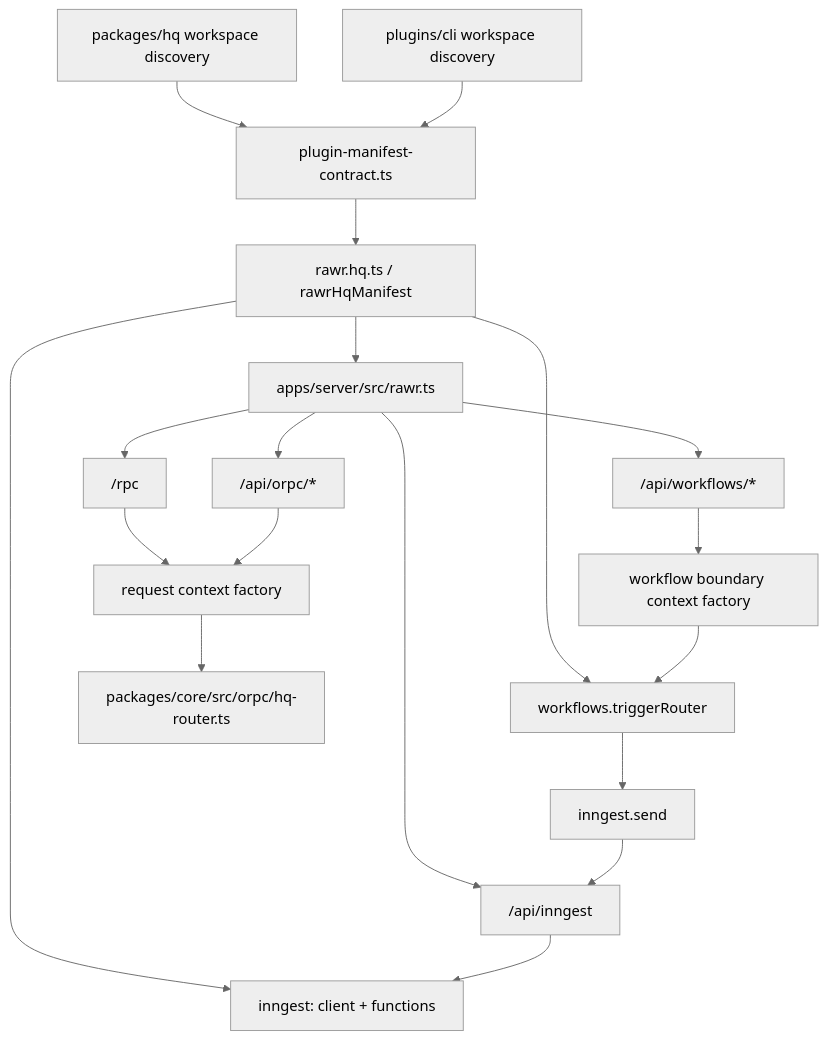
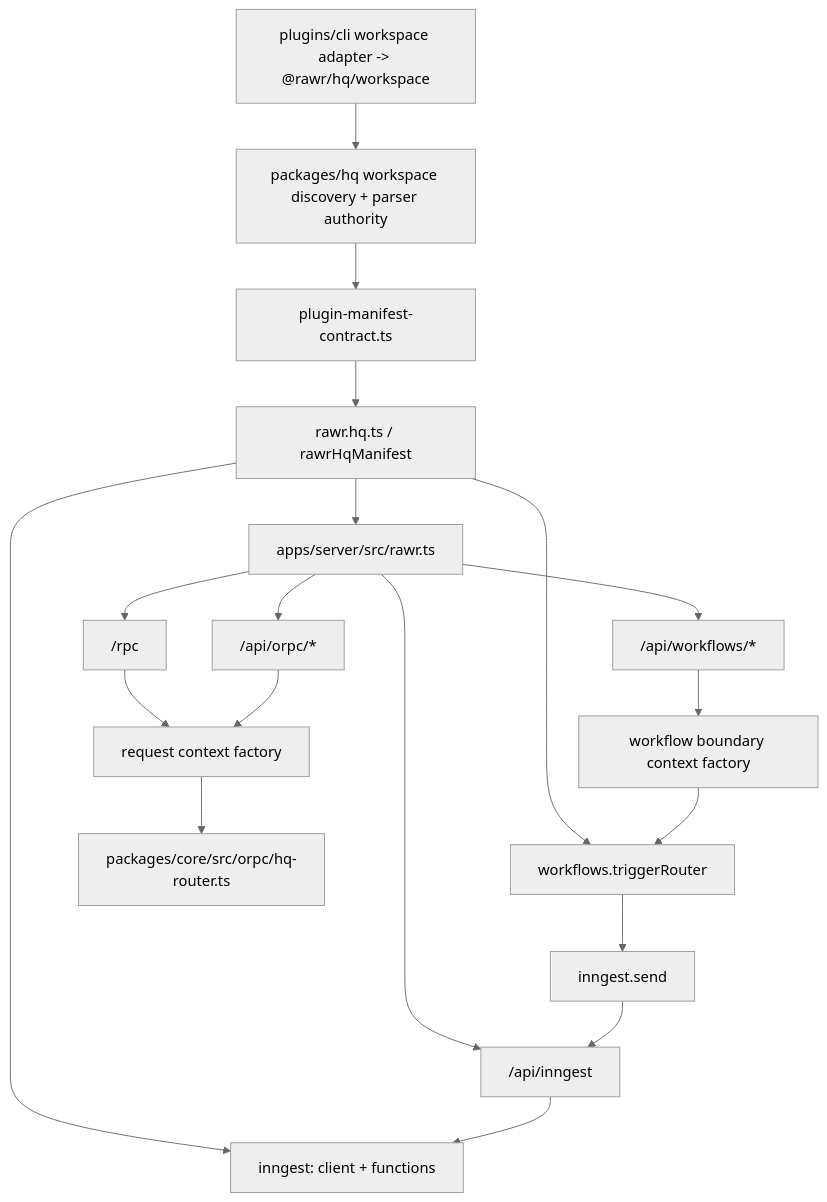
The diagram in docs/projects/orpc-ingest-workflows-spec/PHASE_A_IMPLEMENTATION_SPEC.md (rawr-ai/rawr-hq-template), drawn with Mermaid (neutral theme) before and after one commit. The commit also changed other lines of this file and 9 other files, not shown here.

````diff
--- a/docs/projects/orpc-ingest-workflows-spec/PHASE_A_IMPLEMENTATION_SPEC.md
+++ b/docs/projects/orpc-ingest-workflows-spec/PHASE_A_IMPLEMENTATION_SPEC.md
@@ -65,25 +70,25 @@
 ```mermaid
 flowchart TD
   Host["apps/server/src/rawr.ts"] --> Ingress["/api/inngest"]
   Host --> Workflows["/api/workflows/*"]
   Host --> Rpc["/rpc"]
   Host --> OpenApi["/api/orpc/*"]
 
   Manifest["rawr.hq.ts / rawrHqManifest"] --> Host
   Manifest --> TriggerRouter["workflows.triggerRouter"]
   Manifest --> InngestBundle["inngest: client + functions"]
 
   Workflows --> WfCtx["workflow boundary context factory"]
   Rpc --> ReqCtx["request context factory"]
   OpenApi --> ReqCtx
 
   ReqCtx --> CoreRouter["packages/core/src/orpc/hq-router.ts"]
   WfCtx --> TriggerRouter
   TriggerRouter --> Enqueue["inngest.send"]
   Enqueue --> Ingress
   Ingress --> InngestBundle
 
-  PluginMetaA["packages/hq workspace discovery"] --> Parser["plugin-manifest-contract.ts"]
-  PluginMetaB["plugins/cli workspace discovery"] --> Parser
+  PluginMetaPkg["packages/hq workspace discovery + parser authority"] --> Parser["plugin-manifest-contract.ts"]
+  PluginMetaCli["plugins/cli workspace adapter -> @rawr/hq/workspace"] --> PluginMetaPkg
   Parser --> Manifest
 ```
````
